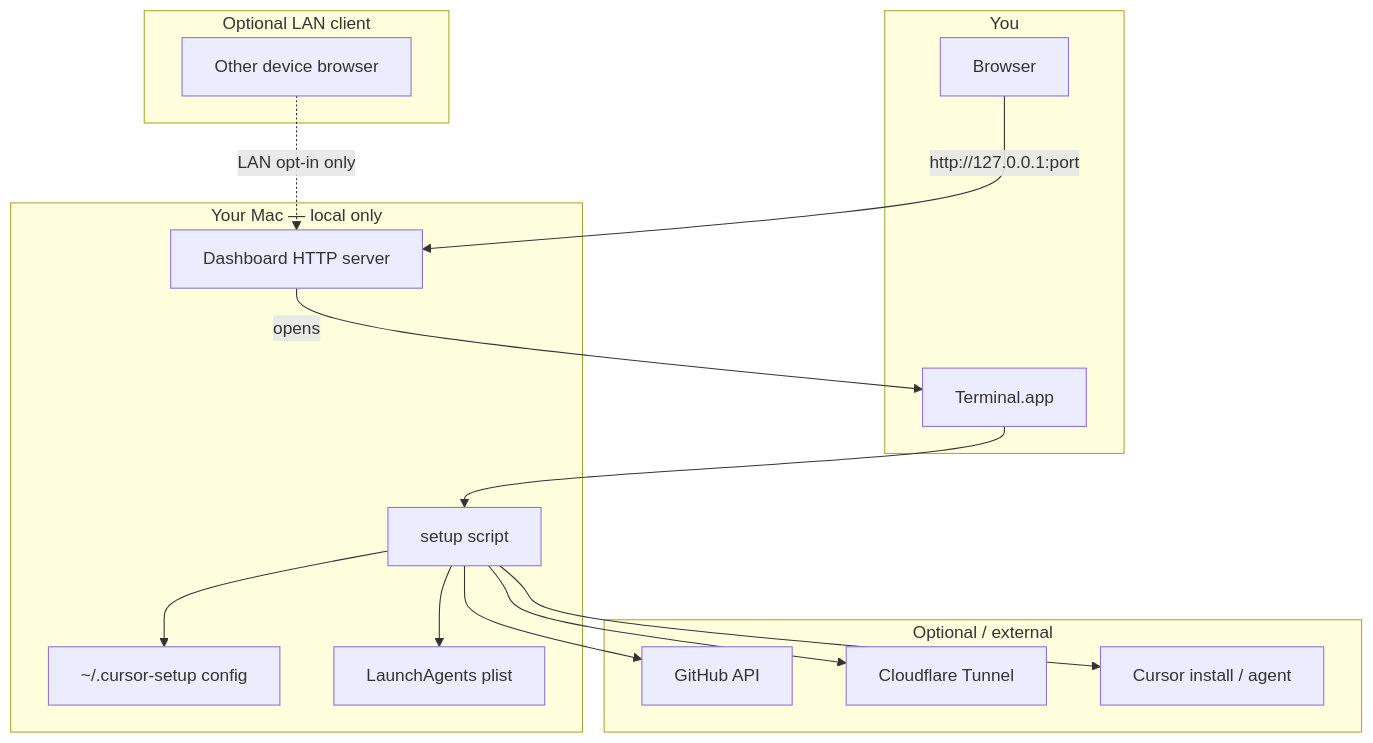
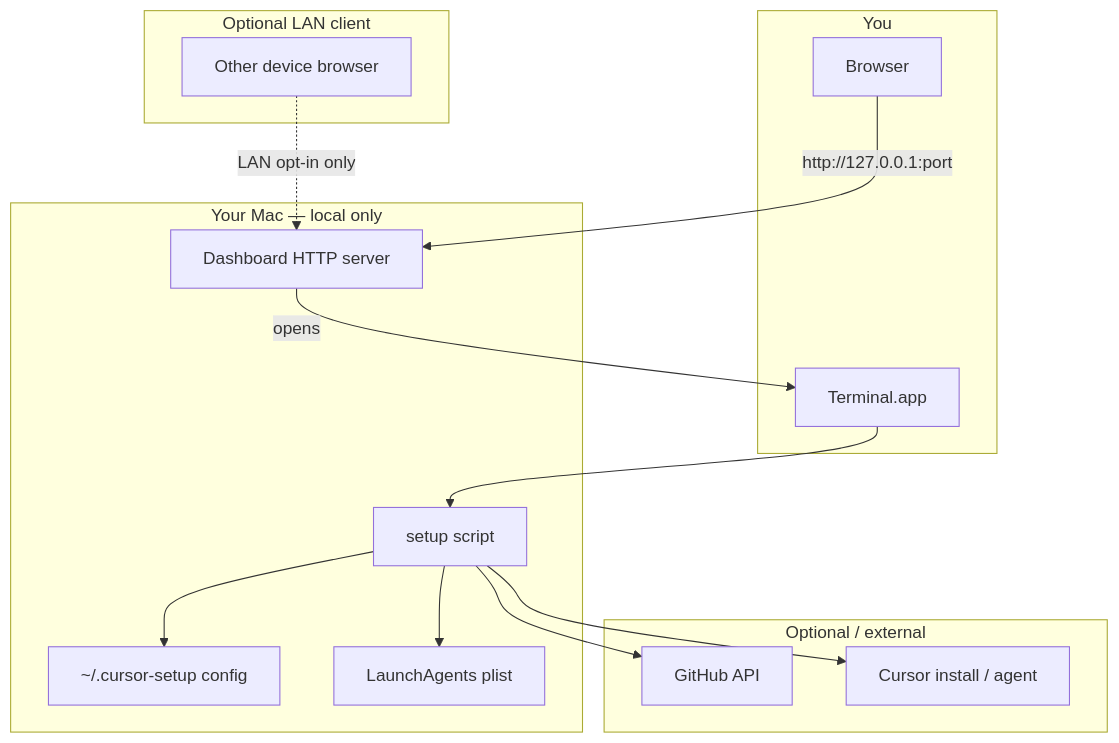
One commit to JhunJ/CursorMobileS changed the second of 3 diagrams in README.md. Above: the diagram before and after it, drawn with Mermaid. The commit also changed other lines of this file and 20 other files, not shown here.

First line of the commit message:
feat: Cloudflare Tunnel 제거 및 빠른 점검 3열 레이아웃

````diff
--- a/README.md
+++ b/README.md
@@ -143,34 +142,32 @@
 ```mermaid
 flowchart TB
   subgraph User["You"]
     B[Browser]
     T[Terminal.app]
   end
 
   subgraph OptionalLAN["Optional LAN client"]
     OB[Other device browser]
   end
 
   subgraph Local["Your Mac — local only"]
     D[Dashboard HTTP server]
     S[setup script]
     L[~/.cursor-setup config]
     LA[LaunchAgents plist]
   end
 
   subgraph Remote["Optional / external"]
     GH[GitHub API]
-    CF[Cloudflare Tunnel]
     CR[Cursor install / agent]
   end
 
   B -->|http://127.0.0.1:port| D
   OB -.->|LAN opt-in only| D
   D -->|opens| T
   T --> S
   S --> L
   S --> GH
-  S --> CF
   S --> CR
   S --> LA
 ```
````
